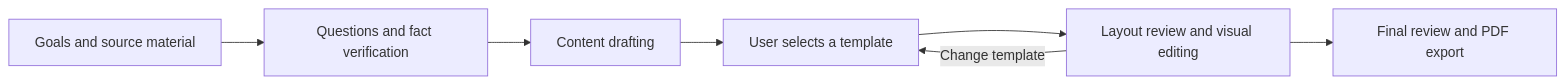
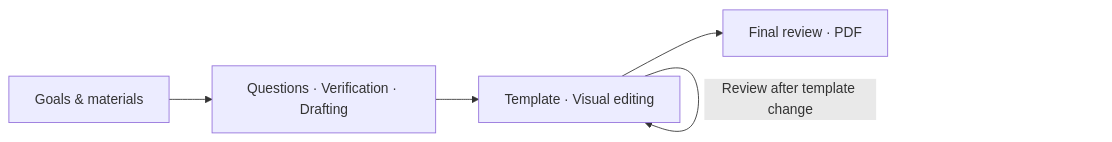
One commit to StoneLL1/resume-builder changed the diagram in README.en.md. Above: the diagram before and after it, drawn with Mermaid. The commit also changed other lines of this file and 1 other file, not shown here.

Commit message:
Polish bilingual README layout and streamline project onboarding

````diff
--- a/README.en.md
+++ b/README.en.md
@@ -114,9 +131,7 @@
 ```mermaid
 flowchart LR
-    A[Goals and source material] --> B[Questions and fact verification]
-    B --> C[Content drafting]
-    C --> D[User selects a template]
-    D --> E[Layout review and visual editing]
-    E --> F[Final review and PDF export]
-    E -->|Change template| D
+    A[Goals & materials] --> B[Questions · Verification · Drafting]
+    B --> C[Template · Visual editing]
+    C --> D[Final review · PDF]
+    C -->|Review after template change| C
 ```
````
